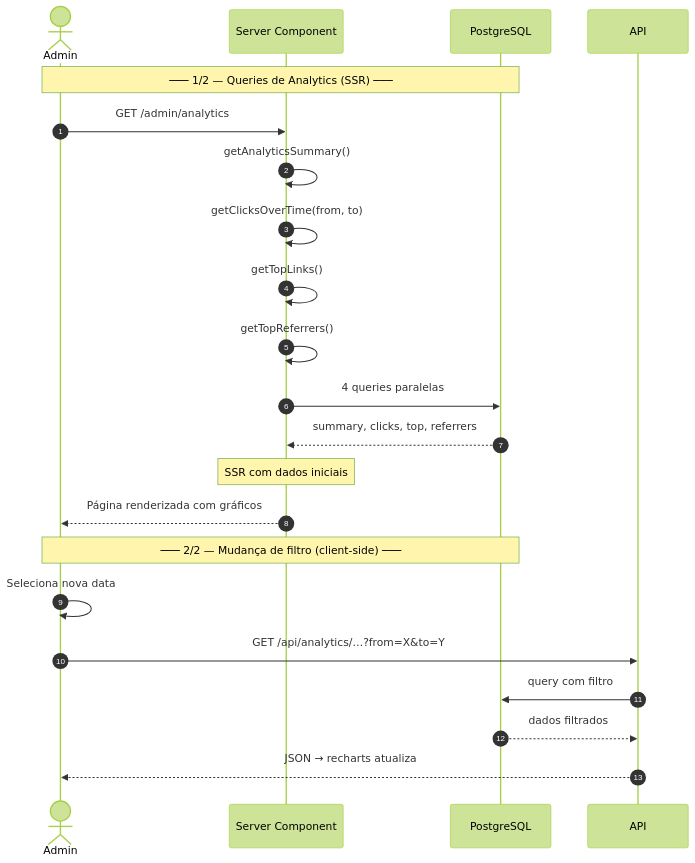
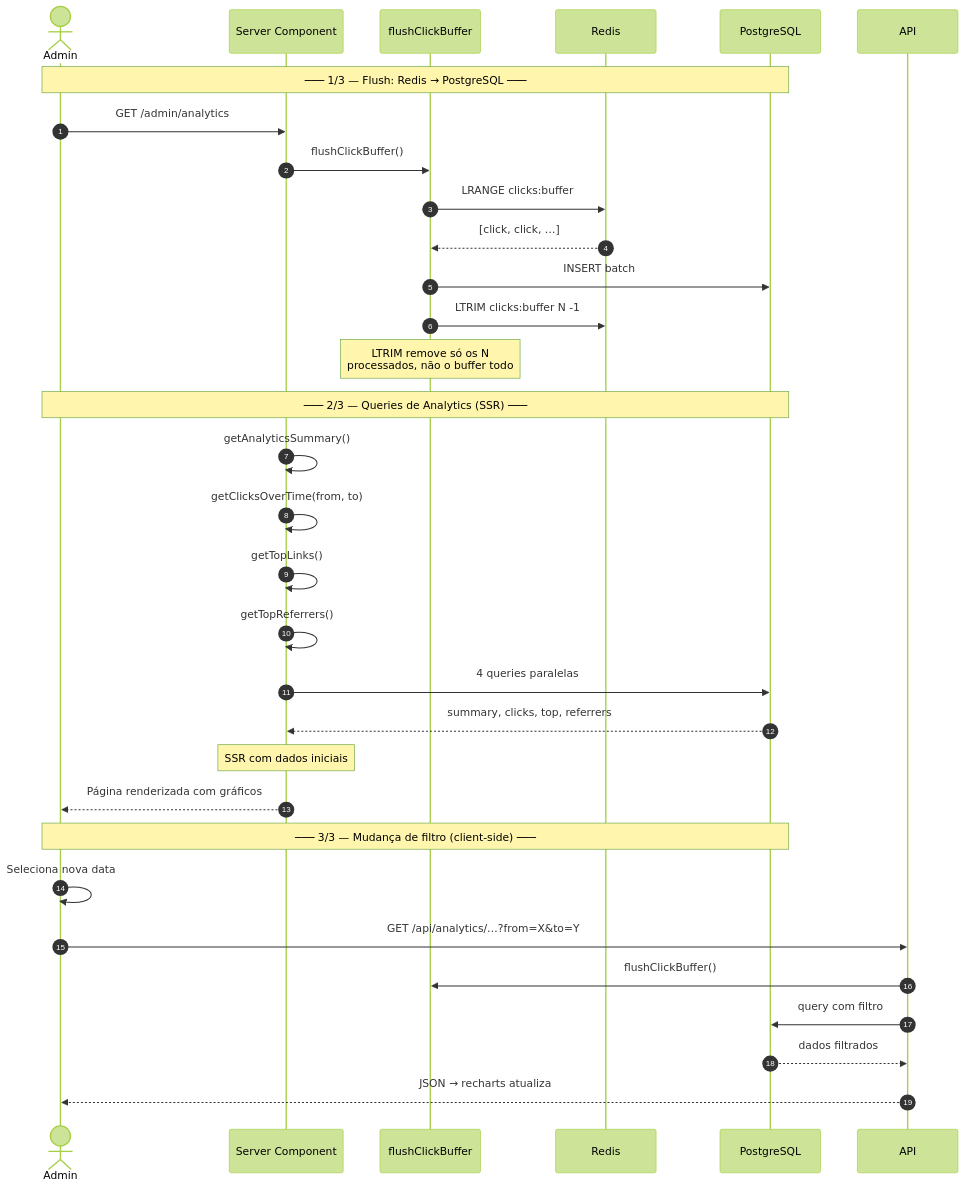
The fourth of 5 diagrams in docs/fluxo-de-dados.md (eduardoaugustolb/encurtador-url), drawn with Mermaid (forest theme) before and after one commit. The commit also changed other lines of this file and 10 other files, not shown here.

Commit message:
fix: Redis buffer para performance + LTRIM para flush sem re-inserção

````diff
--- a/docs/fluxo-de-dados.md
+++ b/docs/fluxo-de-dados.md
@@ -149,26 +149,37 @@
 ```mermaid
 %%{init: {'sequence': {'actorMargin': 55, 'boxMargin': 20}}}%%
 sequenceDiagram
     autonumber
     actor A as Admin
     participant SC as Server Component
+    participant F as flushClickBuffer
+    participant R as Redis
     participant DB as PostgreSQL
 
-    Note over A,DB: ─── 1/2 — Queries de Analytics (SSR) ───
+    Note over A,DB: ─── 1/3 — Flush: Redis → PostgreSQL ───
     A->>SC: GET /admin/analytics
+    SC->>F: flushClickBuffer()
+    F->>R: LRANGE clicks:buffer
+    R-->>F: [click, click, …]
+    F->>DB: INSERT batch
+    F->>R: LTRIM clicks:buffer N -1
+    Note over F: LTRIM remove só os N<br/>processados, não o buffer todo
+
+    Note over A,DB: ─── 2/3 — Queries de Analytics (SSR) ───
     SC->>SC: getAnalyticsSummary()
     SC->>SC: getClicksOverTime(from, to)
     SC->>SC: getTopLinks()
     SC->>SC: getTopReferrers()
     SC->>DB: 4 queries paralelas
     DB-->>SC: summary, clicks, top, referrers
     Note over SC: SSR com dados iniciais
     SC-->>A: Página renderizada com gráficos
 
-    Note over A,DB: ─── 2/2 — Mudança de filtro (client-side) ───
+    Note over A,DB: ─── 3/3 — Mudança de filtro (client-side) ───
     A->>A: Seleciona nova data
     A->>API: GET /api/analytics/…?from=X&to=Y
+    API->>F: flushClickBuffer()
     API->>DB: query com filtro
     DB-->>API: dados filtrados
     API-->>A: JSON → recharts atualiza
 ```
````
